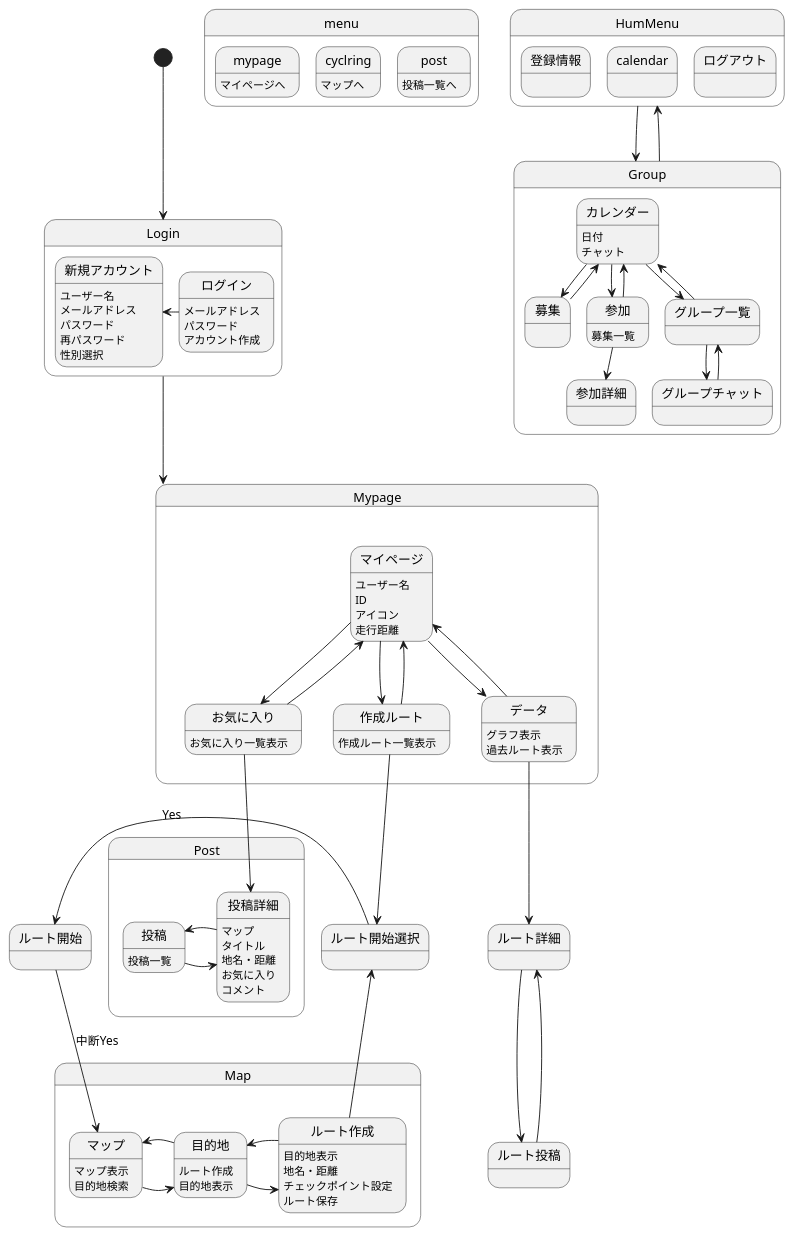
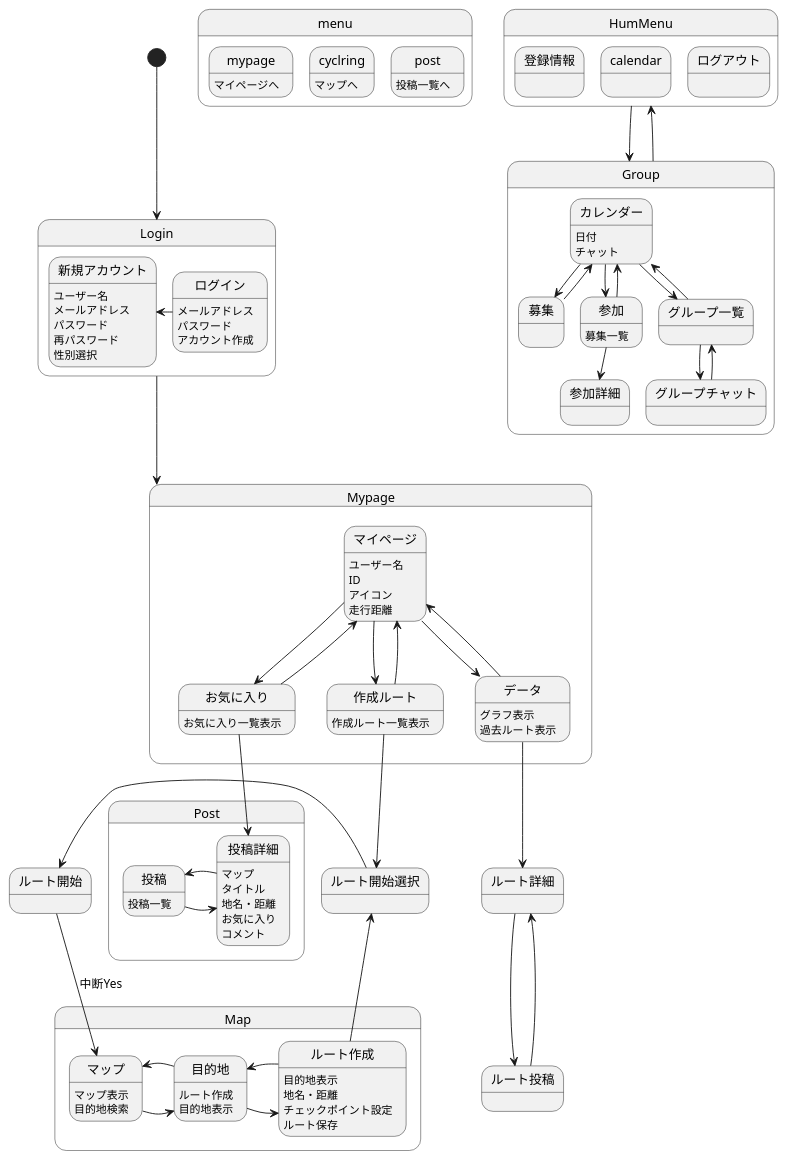
Before and after one commit to AsoSD3A3/CyclingSystem: the diagram in 画面遷移図/gm.md, drawn with PlantUML.

```diff
--- a/画面遷移図/gm.md
+++ b/画面遷移図/gm.md
@@ -84,7 +84,7 @@
 
 作成ルート-down->ルート開始選択
 ルート作成-up->ルート開始選択
-ルート開始選択-left->ルート開始 :Yes
+ルート開始選択-left->ルート開始
 ルート開始-down->マップ :中断Yes
 
 state Post{
```
